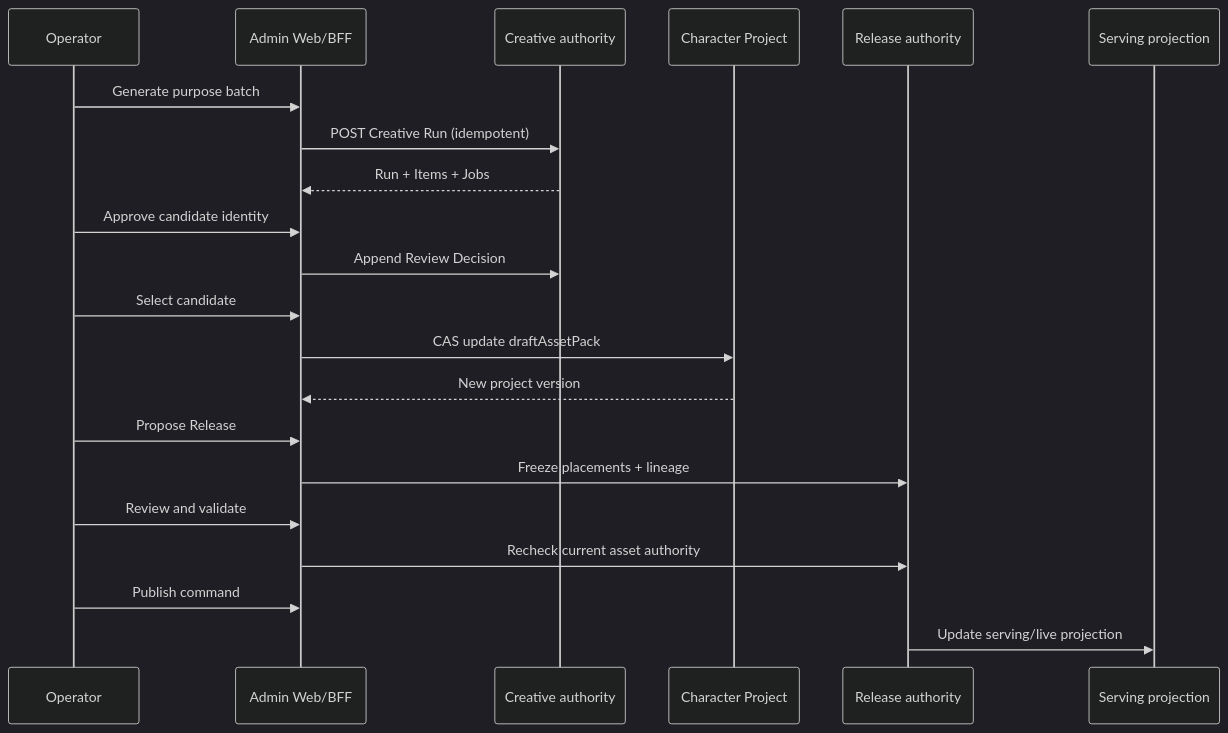
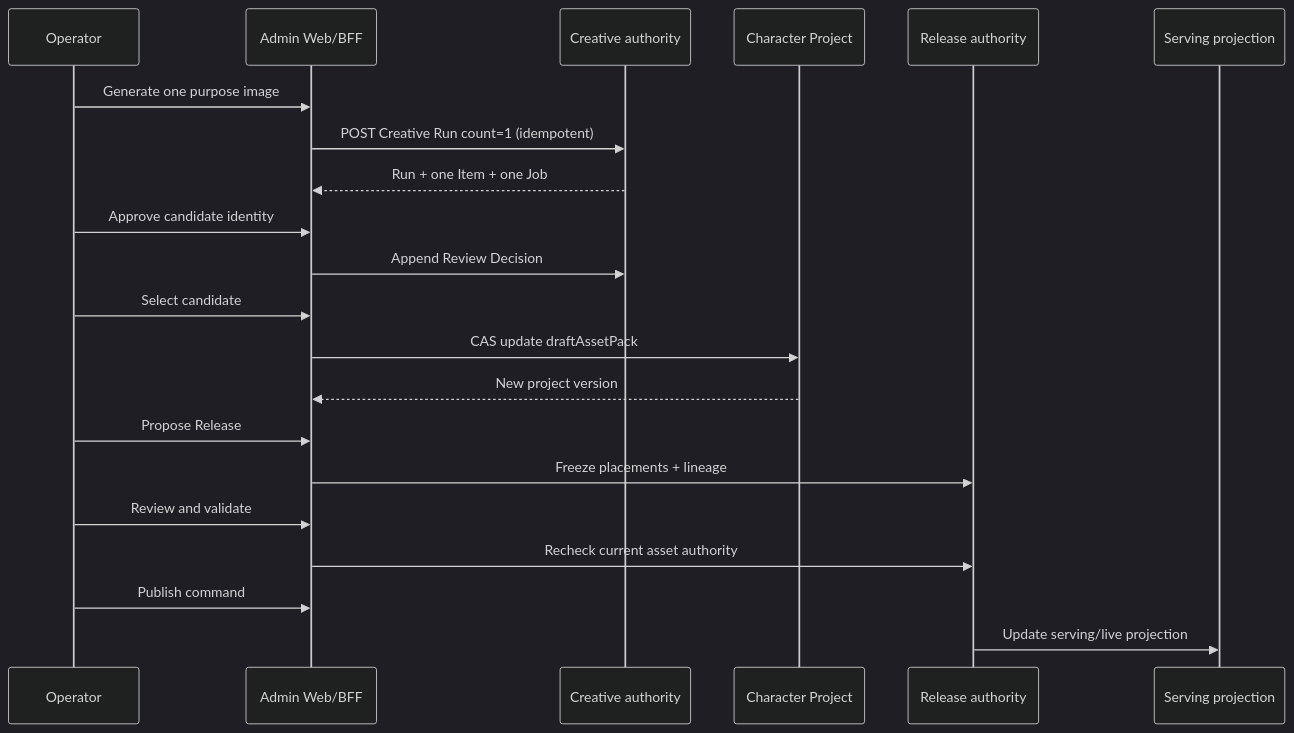
The diagram in docs/architecture/16-character-asset-studio-authority.md (mliu62868/idream), drawn with Mermaid (dark theme) before and after one commit. The commit also changed other lines of this file and 131 other files, not shown here.

````diff
--- a/docs/architecture/16-character-asset-studio-authority.md
+++ b/docs/architecture/16-character-asset-studio-authority.md
@@ -65,24 +66,24 @@
 ```mermaid
 sequenceDiagram
     participant O as Operator
     participant A as Admin Web/BFF
     participant C as Creative authority
     participant P as Character Project
     participant R as Release authority
     participant S as Serving projection
 
-    O->>A: Generate purpose batch
-    A->>C: POST Creative Run (idempotent)
-    C-->>A: Run + Items + Jobs
+    O->>A: Generate one purpose image
+    A->>C: POST Creative Run count=1 (idempotent)
+    C-->>A: Run + one Item + one Job
     O->>A: Approve candidate identity
     A->>C: Append Review Decision
     O->>A: Select candidate
     A->>P: CAS update draftAssetPack
     P-->>A: New project version
     O->>A: Propose Release
     A->>R: Freeze placements + lineage
     O->>A: Review and validate
     A->>R: Recheck current asset authority
     O->>A: Publish command
     R->>S: Update serving/live projection
 ```
````
